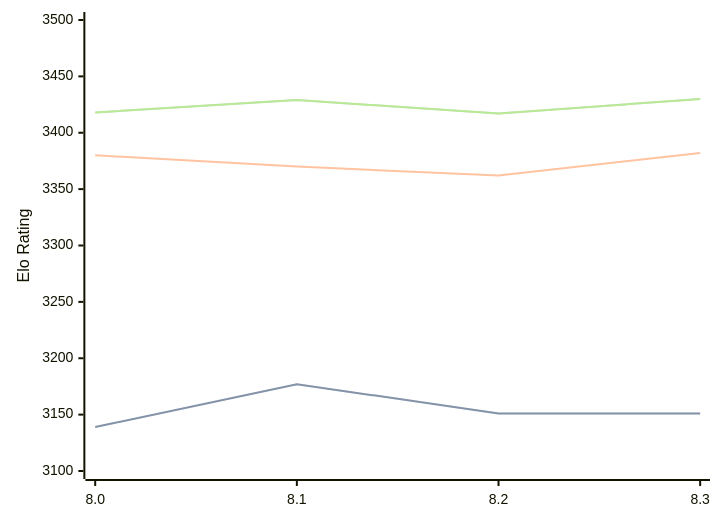
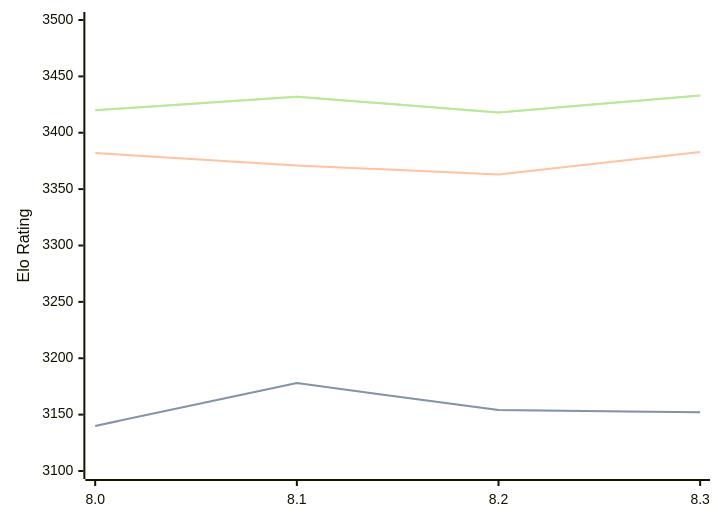
One commit to computer-chess-index/cci changed the diagram in engines/Alexander.md. Above: the diagram before and after it, drawn with Mermaid. The commit also changed other lines of this file, not shown here.

Commit message:
Update CCI Ratings (ELO VLTC) - 2026-09-01

````diff
--- a/engines/Alexander.md
+++ b/engines/Alexander.md
@@ -34,11 +34,11 @@
 ```mermaid
 %%{init: {"theme":"base","themeVariables":{"seriesColors:['#a3a3a3','#222221','#faa371']}}}%%
 xychart-beta
   x-axis ["8.0", "8.1", "8.2", "8.3"]
   y-axis "Elo Rating" 3100 --> 3500
-  line "" [3139, 3177, 3151, 3151]
-  line "STC (8.0+0.08s)" [3139, 3177, 3151, 3151]
-  line "LTC (60.0+0.60s)" [3380, 3370, 3362, 3382]
-  line "" [3418, 3429, 3417, 3430]
-  line "VLTC (2m24s+1.12s)" [3418, 3429, 3417, 3430]
+  line "" [3140, 3178, 3154, 3152]
+  line "STC (8.0+0.08s)" [3140, 3178, 3154, 3152]
+  line "LTC (60.0+0.60s)" [3382, 3371, 3363, 3383]
+  line "" [3420, 3432, 3418, 3433]
+  line "VLTC (2m24s+1.12s)" [3420, 3432, 3418, 3433]
 ```
````
